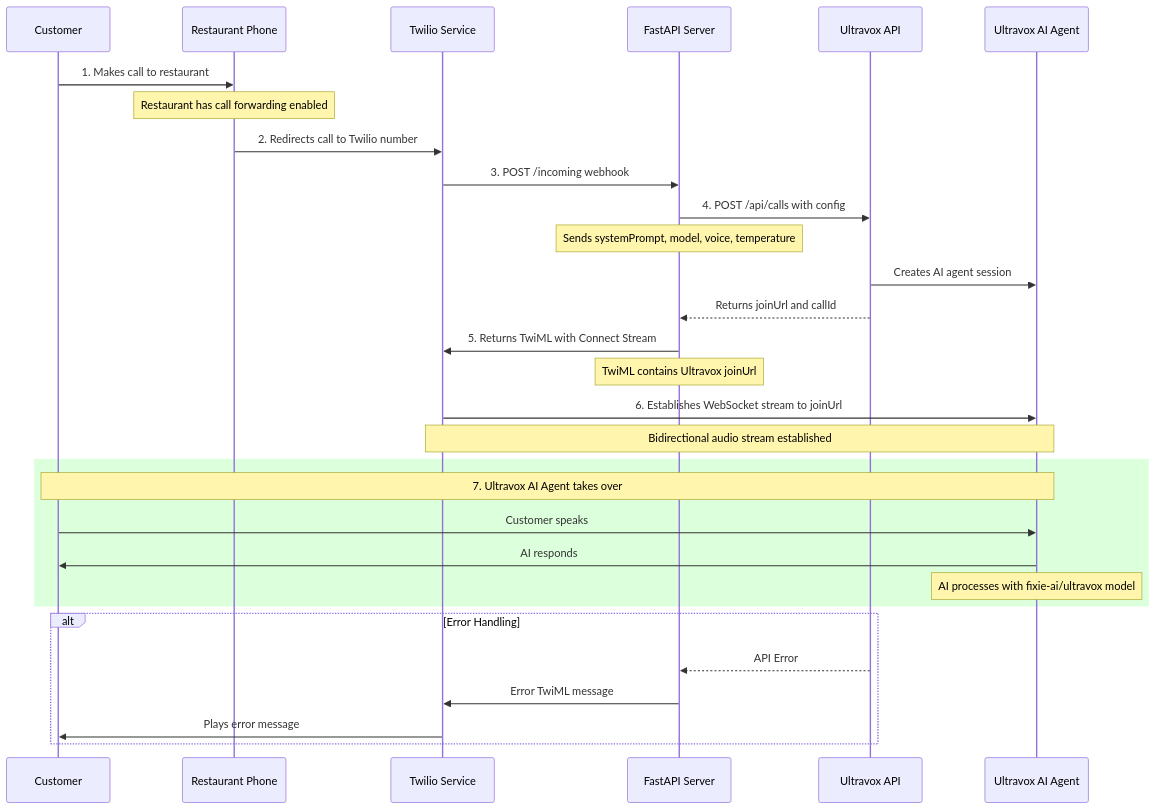
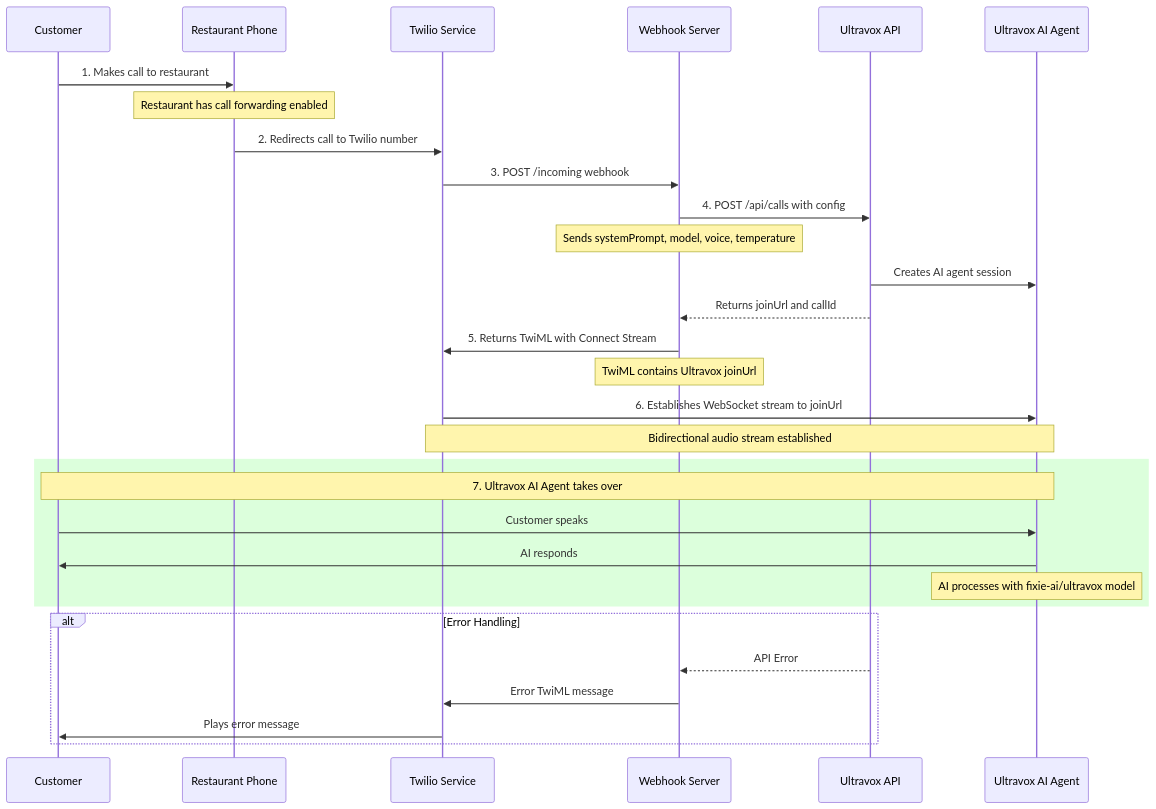
The diagram in README.md (Astrotope/voice-agents), drawn with Mermaid before and after one commit. The commit also changed other lines of this file, not shown here.

````diff
--- a/README.md
+++ b/README.md
@@ -5,39 +5,39 @@
 ```mermaid
 sequenceDiagram
     participant You as Customer
     participant Restaurant as Restaurant Phone
     participant Twilio as Twilio Service
-    participant Webhook as FastAPI Server
+    participant Webhook as Webhook Server
     participant UltravoxAPI as Ultravox API
     participant UltravoxAgent as Ultravox AI Agent
 
     You->>Restaurant: 1. Makes call to restaurant
     Note over Restaurant: Restaurant has call forwarding enabled
     Restaurant->>Twilio: 2. Redirects call to Twilio number
     
     Twilio->>Webhook: 3. POST /incoming webhook
     
     Webhook->>UltravoxAPI: 4. POST /api/calls with config
     Note over Webhook: Sends systemPrompt, model, voice, temperature
     UltravoxAPI->>UltravoxAgent: Creates AI agent session
     UltravoxAPI-->>Webhook: Returns joinUrl and callId
     
     Webhook->>Twilio: 5. Returns TwiML with Connect Stream
     Note over Webhook: TwiML contains Ultravox joinUrl
     
     Twilio->>UltravoxAgent: 6. Establishes WebSocket stream to joinUrl
     Note over Twilio, UltravoxAgent: Bidirectional audio stream established
     
     rect rgb(220, 255, 220)
         Note over You, UltravoxAgent: 7. Ultravox AI Agent takes over
         You->>UltravoxAgent: Customer speaks
         UltravoxAgent->>You: AI responds
         Note over UltravoxAgent: AI processes with fixie-ai/ultravox model
     end
     
     alt Error Handling
         UltravoxAPI-->>Webhook: API Error
         Webhook->>Twilio: Error TwiML message
         Twilio->>You: Plays error message
     end
 ```
````
